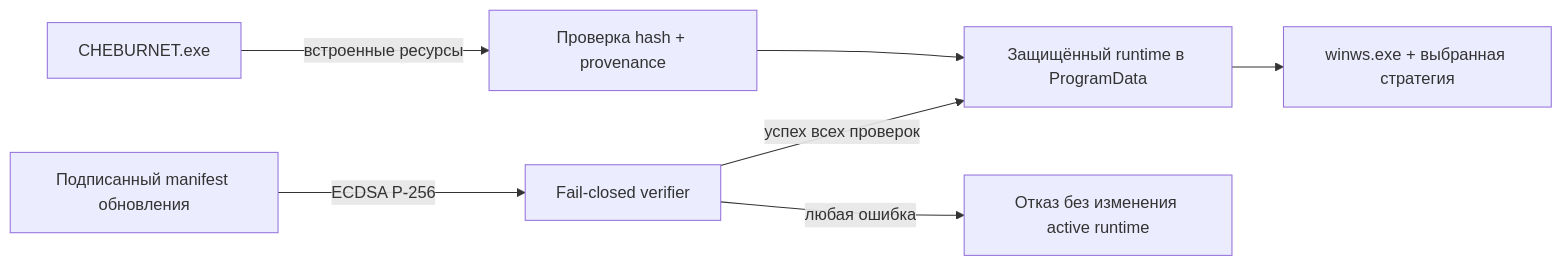
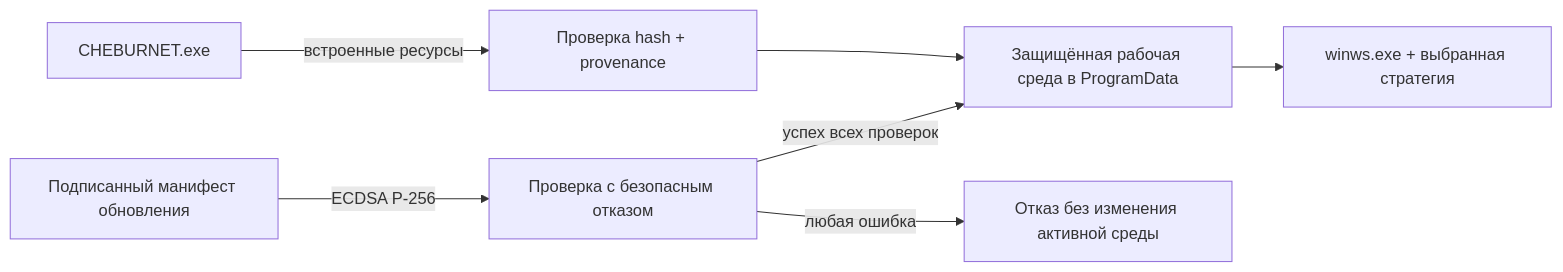
One commit to Jacksony100/CHEBURNET changed the diagram in README.md. Above: the diagram before and after it, drawn with Mermaid. The commit also changed other lines of this file and 41 other files, not shown here.

````diff
--- a/README.md
+++ b/README.md
@@ -63,9 +63,9 @@
 ```mermaid
 flowchart LR
     A["CHEBURNET.exe"] -->|"встроенные ресурсы"| B["Проверка hash + provenance"]
-    B --> C["Защищённый runtime в ProgramData"]
+    B --> C["Защищённая рабочая среда в ProgramData"]
     C --> D["winws.exe + выбранная стратегия"]
-    E["Подписанный manifest обновления"] -->|"ECDSA P-256"| F["Fail-closed verifier"]
+    E["Подписанный манифест обновления"] -->|"ECDSA P-256"| F["Проверка с безопасным отказом"]
     F -->|"успех всех проверок"| C
-    F -->|"любая ошибка"| G["Отказ без изменения active runtime"]
+    F -->|"любая ошибка"| G["Отказ без изменения активной среды"]
 ```
````
